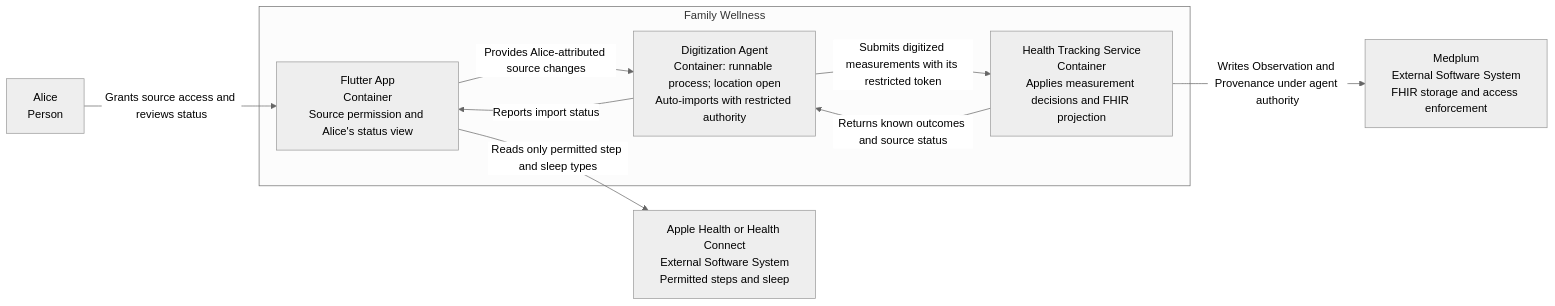
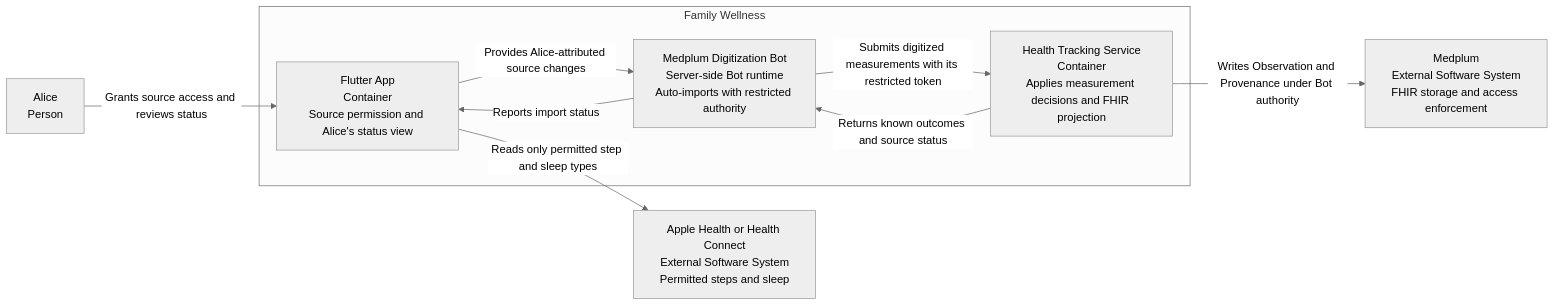
The first of 3 diagrams in examples/medplum-health-tracking/dhf/documents/design/mobile_health_sync.md (ragavsathish/medplum), drawn with Mermaid (neutral theme) before and after one commit. The commit also changed other lines of this file and 24 other files, not shown here.

Commit message:
refactor health tracking account acceptance flow

````diff
--- a/examples/medplum-health-tracking/dhf/documents/design/mobile_health_sync.md
+++ b/examples/medplum-health-tracking/dhf/documents/design/mobile_health_sync.md
@@ -84,20 +85,20 @@
 ```mermaid
 flowchart LR
     alice["Alice<br/>Person"]
     source["Apple Health or Health Connect<br/>External Software System<br/>Permitted steps and sleep"]
     medplum["Medplum<br/>External Software System<br/>FHIR storage and access enforcement"]
 
     subgraph wellness["Family Wellness"]
         app["Flutter App<br/>Container<br/>Source permission and Alice's status view"]
-        agent["Digitization Agent<br/>Container: runnable process; location open<br/>Auto-imports with restricted authority"]
+        agent["Medplum Digitization Bot<br/>Server-side Bot runtime<br/>Auto-imports with restricted authority"]
         tracking["Health Tracking Service<br/>Container<br/>Applies measurement decisions and FHIR projection"]
     end
 
     alice -->|"Grants source access and reviews status"| app
     app -->|"Reads only permitted step and sleep types"| source
     app -->|"Provides Alice-attributed source changes"| agent
     agent -->|"Submits digitized measurements with its restricted token"| tracking
-    tracking -->|"Writes Observation and Provenance under agent authority"| medplum
+    tracking -->|"Writes Observation and Provenance under Bot authority"| medplum
     tracking -->|"Returns known outcomes and source status"| agent
     agent -->|"Reports import status"| app
 ```
````
